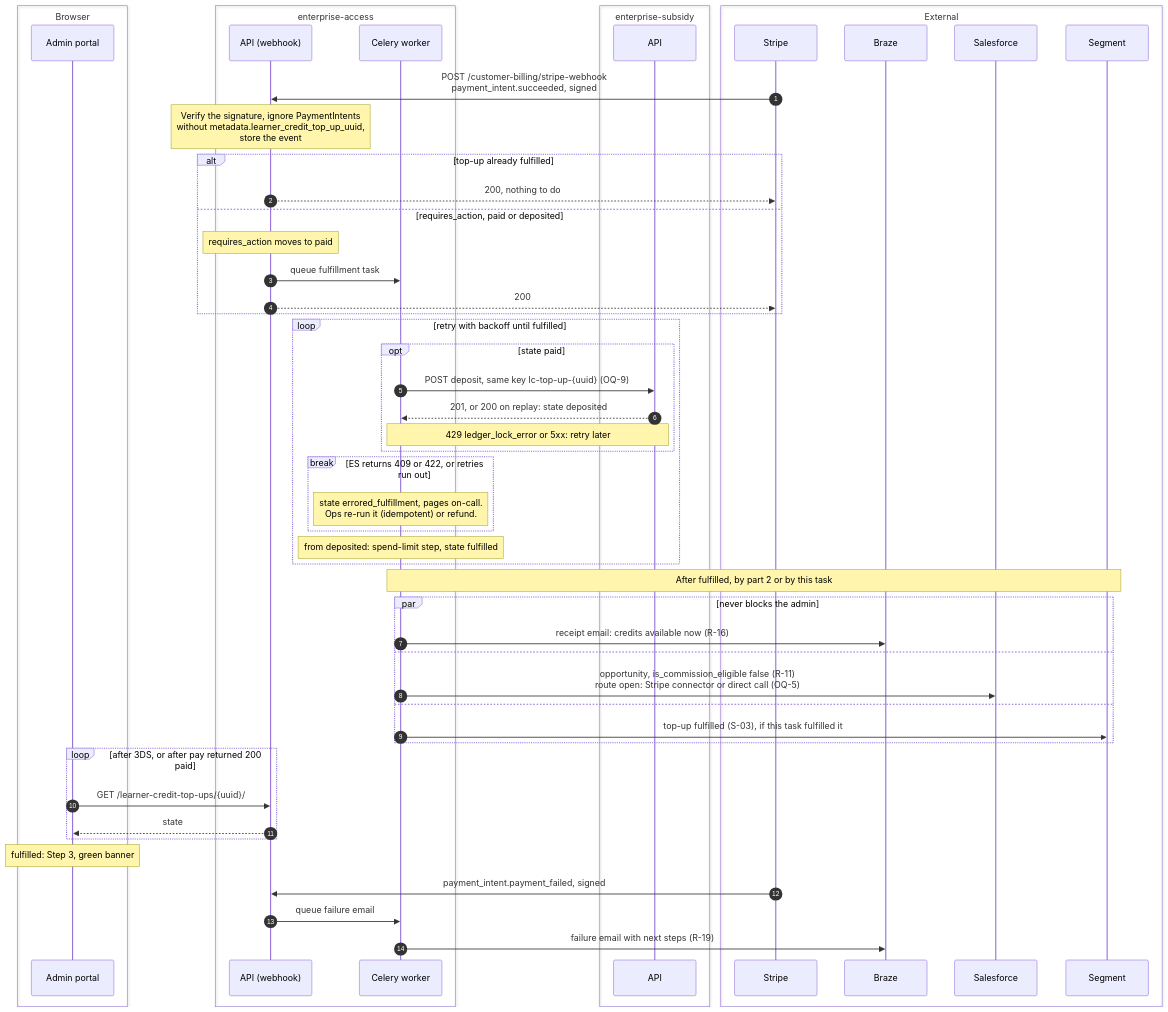
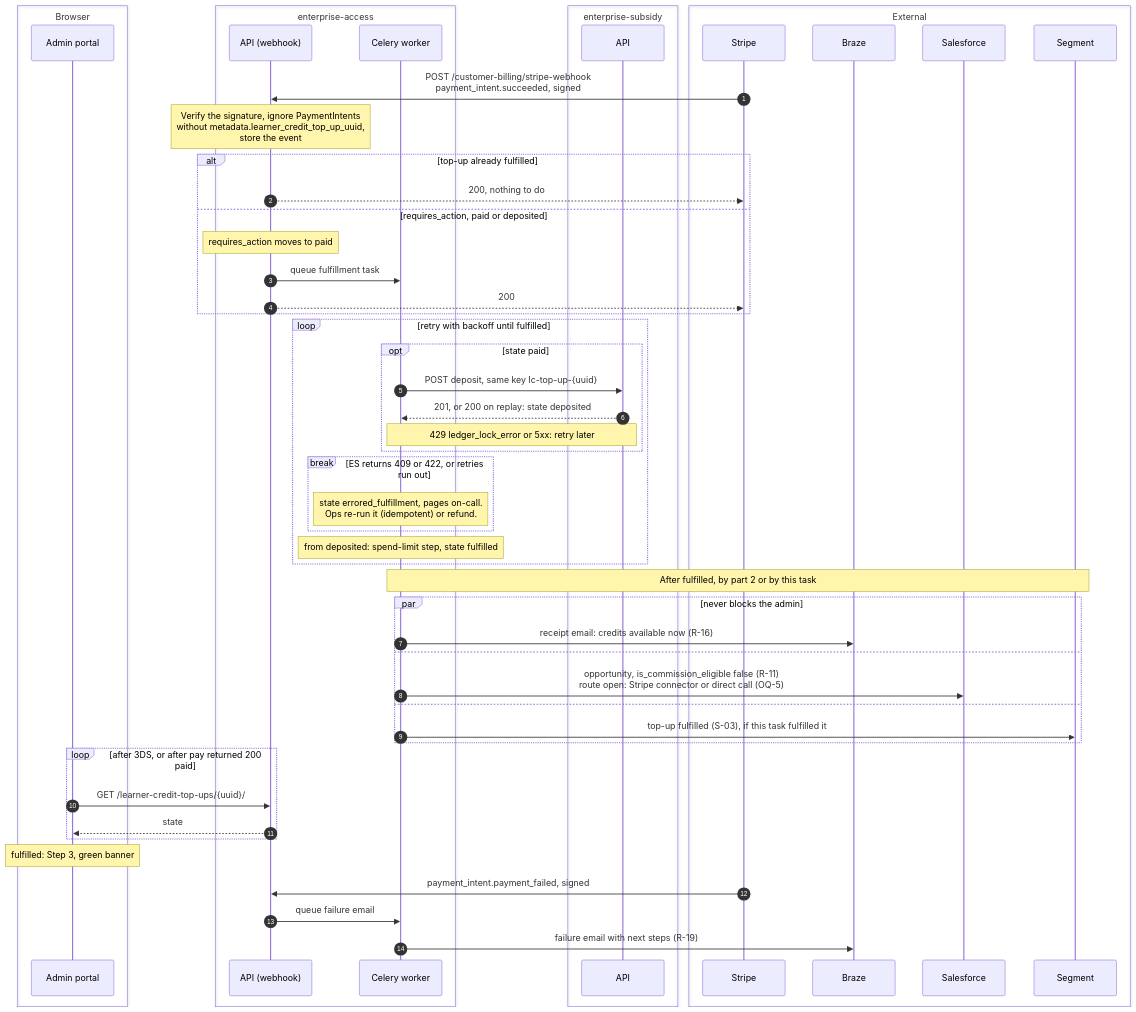
The fifth of 5 diagrams in docs/plans/tech-spec.md (edx/enterprise-access), drawn with Mermaid before and after one commit. The commit also changed other lines of this file and 1 other file, not shown here.

````diff
--- a/docs/plans/tech-spec.md
+++ b/docs/plans/tech-spec.md
@@ -852,61 +900,61 @@
 ```mermaid
 sequenceDiagram
     autonumber
     box Browser
         participant AP as Admin portal
     end
     box enterprise-access
         participant EA as API (webhook)
         participant W as Celery worker
     end
     box enterprise-subsidy
         participant ES as API
     end
     box External
         participant ST as Stripe
         participant BR as Braze
         participant SF as Salesforce
         participant SG as Segment
     end
 
     ST->>EA: POST /customer-billing/stripe-webhook<br/>payment_intent.succeeded, signed
     Note over EA: Verify the signature, ignore PaymentIntents<br/>without metadata.learner_credit_top_up_uuid,<br/>store the event
     alt top-up already fulfilled
         EA-->>ST: 200, nothing to do
     else requires_action, paid or deposited
         Note over EA: requires_action moves to paid
         EA->>W: queue fulfillment task
         EA-->>ST: 200
     end
 
     loop retry with backoff until fulfilled
         opt state paid
-            W->>ES: POST deposit, same key lc-top-up-{uuid} (OQ-9)
+            W->>ES: POST deposit, same key lc-top-up-{uuid}
             ES-->>W: 201, or 200 on replay: state deposited
             Note over W,ES: 429 ledger_lock_error or 5xx: retry later
         end
         break ES returns 409 or 422, or retries run out
             Note over W: state errored_fulfillment, pages on-call.<br/>Ops re-run it (idempotent) or refund.
         end
         Note over W: from deposited: spend-limit step, state fulfilled
     end
 
     Note over W,SG: After fulfilled, by part 2 or by this task
     par never blocks the admin
         W->>BR: receipt email: credits available now (R-16)
     and
         W->>SF: opportunity, is_commission_eligible false (R-11)<br/>route open: Stripe connector or direct call (OQ-5)
     and
         W->>SG: top-up fulfilled (S-03), if this task fulfilled it
     end
 
     loop after 3DS, or after pay returned 200 paid
         AP->>EA: GET /learner-credit-top-ups/{uuid}/
         EA-->>AP: state
     end
     Note over AP: fulfilled: Step 3, green banner
 
     ST->>EA: payment_intent.payment_failed, signed
     EA->>W: queue failure email
     W->>BR: failure email with next steps (R-19)
 ```
````
